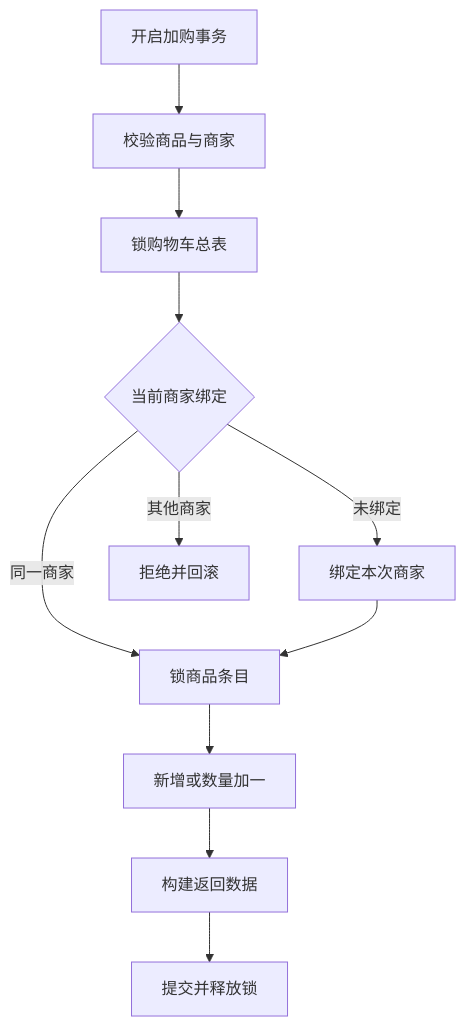
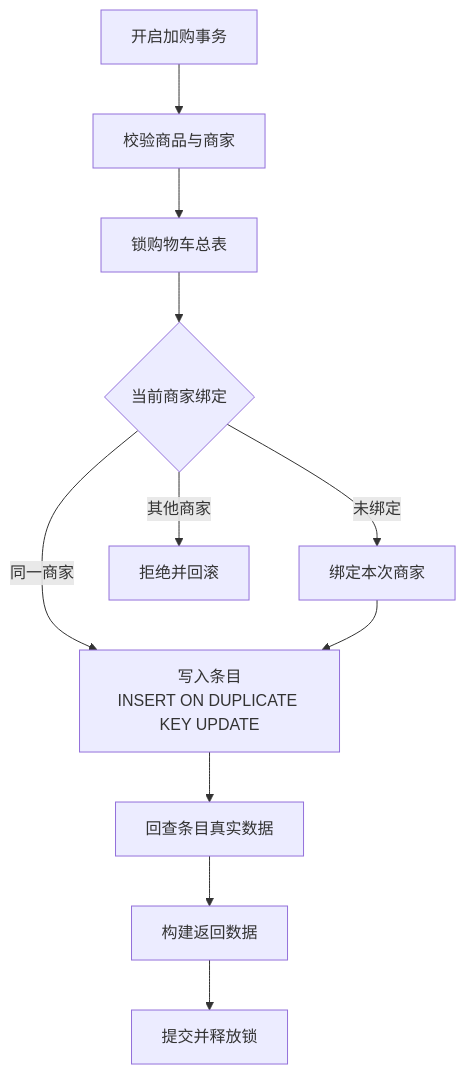
The first of 3 diagrams in docs/architecture/05-cart.md (Zhyhash/takeout-project), drawn with Mermaid before and after one commit. The commit also changed other lines of this file and 22 other files, not shown here.

````diff
--- a/docs/architecture/05-cart.md
+++ b/docs/architecture/05-cart.md
@@ -11,13 +11,13 @@
 ```mermaid
 flowchart TD
     A[开启加购事务] --> B[校验商品与商家]
     B --> C[锁购物车总表]
     C --> D{当前商家绑定}
     D -->|未绑定| E[绑定本次商家]
-    D -->|同一商家| F[锁商品条目]
+    D -->|同一商家| F[写入条目<br/>INSERT ON DUPLICATE KEY UPDATE]
     E --> F
     D -->|其他商家| R[拒绝并回滚]
-    F --> G[新增或数量加一]
+    F --> G[回查条目真实数据]
     G --> H[构建返回数据]
     H --> I[提交并释放锁]
 ```
````
